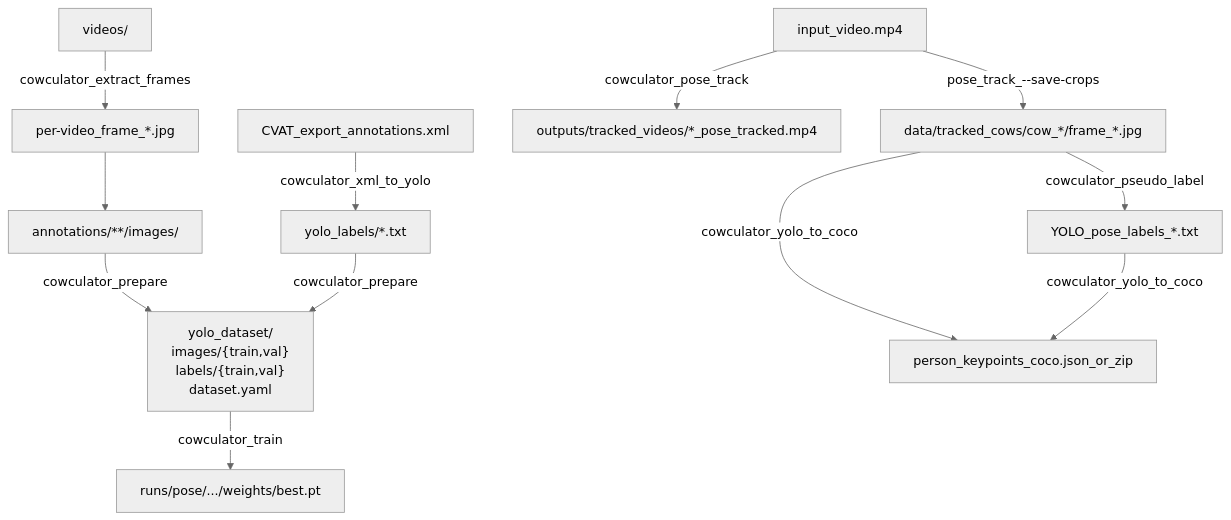
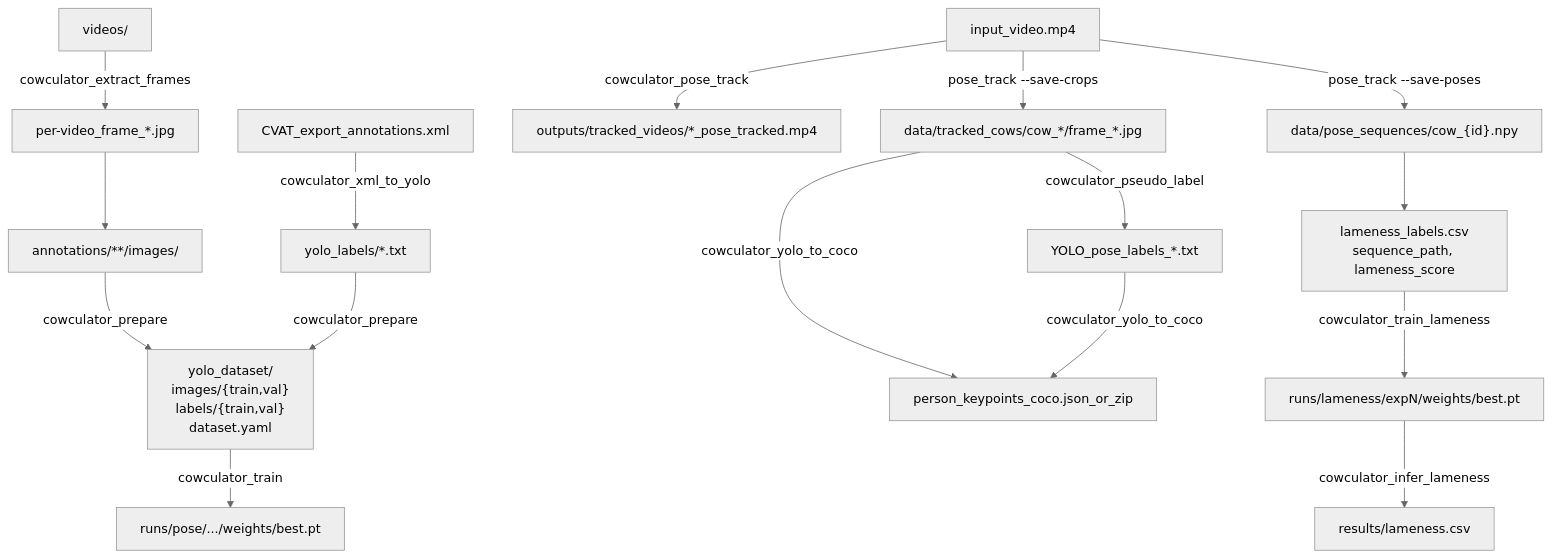
Before and after one commit to recurzes/cow-culator: the diagram in README.md, drawn with Mermaid (neutral theme). The commit also changed other lines of this file, not shown here.

Commit message:
feat: add lameness detection section to README with usage instructions

````diff
--- a/README.md
+++ b/README.md
@@ -76,21 +76,25 @@
 ```mermaid
 flowchart TD
   videosDir[videos/] -->|cowculator_extract_frames| extractedJpegs[per-video_frame_*.jpg]
   extractedJpegs --> annotationsImages[annotations/**/images/]
 
   cvatXml[CVAT_export_annotations.xml] -->|cowculator_xml_to_yolo| yoloLabels[yolo_labels/*.txt]
   
-  %% The fix is on the line below: wrap the text in quotes and use <br> for line breaks
   annotationsImages -->|cowculator_prepare| yoloDataset["yolo_dataset/<br>images/{train,val}<br>labels/{train,val}<br>dataset.yaml"]
   
   yoloLabels -->|cowculator_prepare| yoloDataset
 
   yoloDataset -->|cowculator_train| runsPose[runs/pose/.../weights/best.pt]
 
   videoMp4[input_video.mp4] -->|cowculator_pose_track| trackedMp4[outputs/tracked_videos/*_pose_tracked.mp4]
-  videoMp4 -->|pose_track_--save-crops| crops[data/tracked_cows/cow_*/frame_*.jpg]
+  videoMp4 -->|"pose_track --save-crops"| crops[data/tracked_cows/cow_*/frame_*.jpg]
+  videoMp4 -->|"pose_track --save-poses"| poseSeqs["data/pose_sequences/cow_{id}.npy"]
 
   crops -->|cowculator_pseudo_label| pseudoLabels[YOLO_pose_labels_*.txt]
   crops -->|cowculator_yolo_to_coco| cocoJson[person_keypoints_coco.json_or_zip]
   pseudoLabels -->|cowculator_yolo_to_coco| cocoJson
+
+  poseSeqs --> lamenessCSV["lameness_labels.csv<br>sequence_path, lameness_score"]
+  lamenessCSV -->|cowculator_train_lameness| runsLameness[runs/lameness/expN/weights/best.pt]
+  runsLameness -->|cowculator_infer_lameness| lamenessResults[results/lameness.csv]
 ```
````
